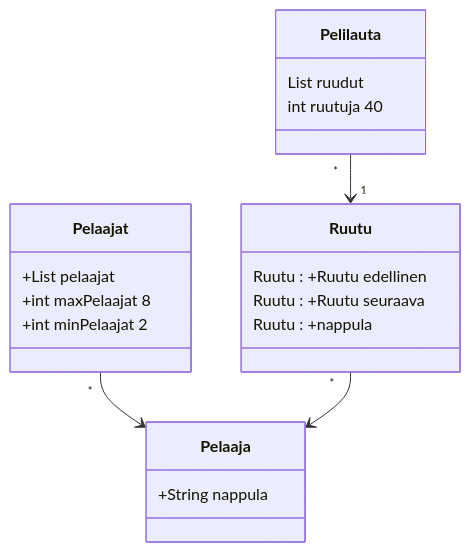
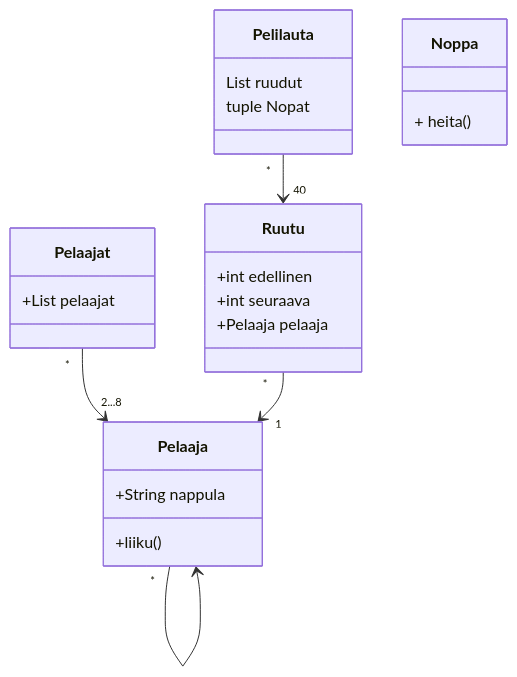
The diagram in laskarit/viikko3/T1.md (Akapsio/ot-harjoitustyo), drawn with Mermaid before and after one commit. The commit also changed 6 other files, not shown here.

````diff
--- a/laskarit/viikko3/T1.md
+++ b/laskarit/viikko3/T1.md
@@ -5,24 +5,26 @@
 ```mermaid
 classDiagram
-    Pelilauta "*" --> "1" Ruutu
-    Pelaajat "*" --> Pelaaja
-    Ruutu "*" --> Pelaaja
-        
+    Pelilauta "*" --> "40" Ruutu
+    Pelaajat "*" --> "2...8" Pelaaja
+    Ruutu "*" --> "1" Pelaaja
+    Pelaaja "*" --> Pelaaja
 
-    Pelilauta : List<Ruutu> ruudut
-    Pelilauta : int ruutuja 40 
+    Pelilauta : List<Ruutu> ruudut 
+    Pelilauta : tuple<Noppa, Noppa> Nopat
     
+    class Noppa{
+    + heita()
+    }
     class Ruutu{
-    Ruutu : +Ruutu edellinen
-    Ruutu : +Ruutu seuraava
-    Ruutu : +nappula
+    +int edellinen
+    +int seuraava
+    +Pelaaja pelaaja
     }
     class Pelaajat{
-        +List<Pelaaja> pelaajat
-        +int maxPelaajat 8
-        +int minPelaajat 2
+        +List<Pelaaja> pelaajat 
     }
     class Pelaaja{
         +String nappula
+        +liiku()
     }
 ```
````
